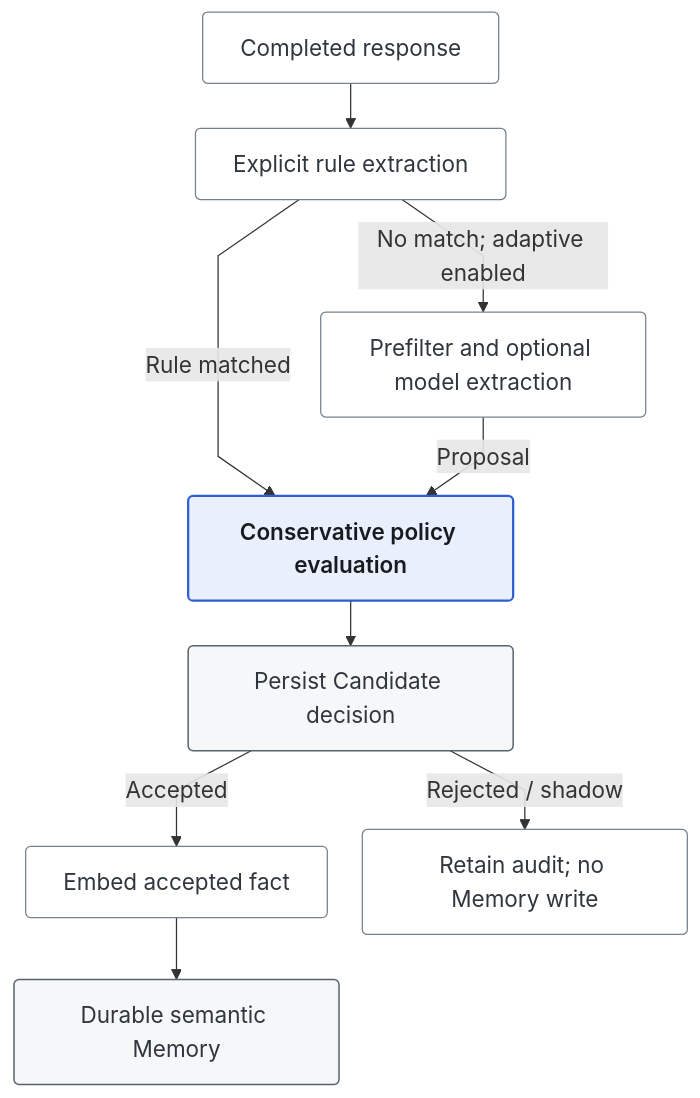
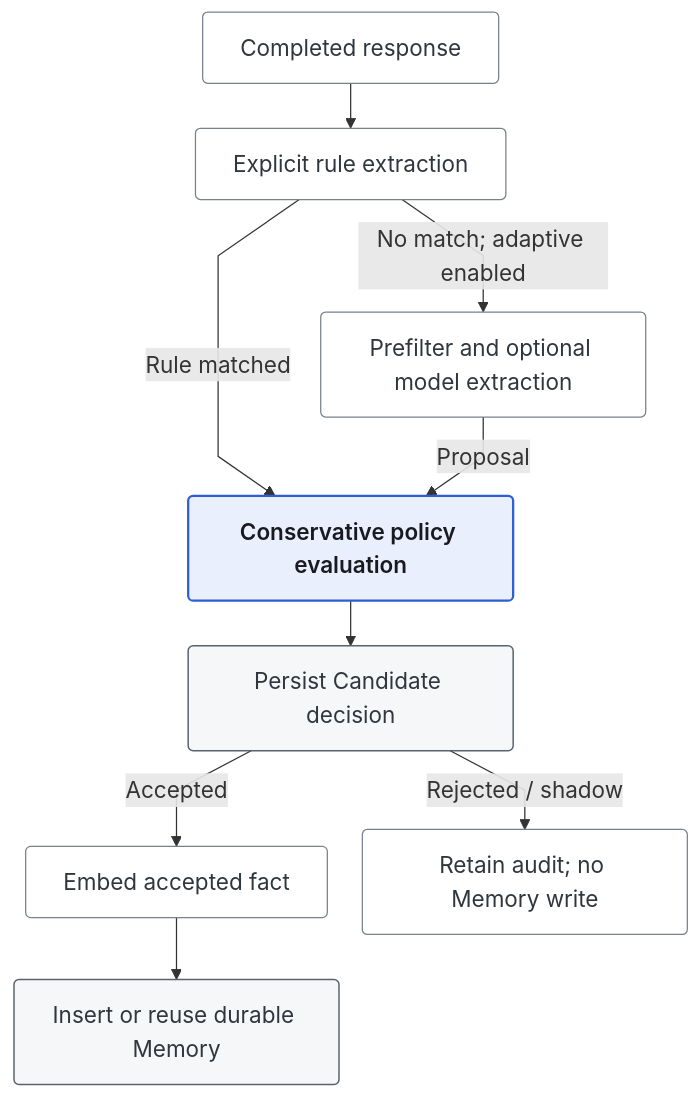
The second of 2 diagrams in docs/context/memory-management.md (hoiyd/agentflow-platform), drawn with Mermaid before and after one commit. The commit also changed other lines of this file and 6 other files, not shown here.

````diff
--- a/docs/context/memory-management.md
+++ b/docs/context/memory-management.md
@@ -41,22 +41,22 @@
 ```mermaid
 ---
 config:
   fontFamily: '-apple-system, BlinkMacSystemFont, Segoe UI, Helvetica, Arial, sans-serif'
   themeVariables: {fontSize: 18px}
   flowchart: {curve: linear, nodeSpacing: 28, rankSpacing: 36}
 ---
 flowchart TD
     Response["Completed response"] --> Rules["Explicit rule extraction"]
     Rules -->|Rule matched| Policy["Conservative policy evaluation"]
     Rules -->|No match; adaptive enabled| Adaptive["Prefilter and optional model extraction"]
     Adaptive -->|Proposal| Policy
     Policy --> Candidate["Persist Candidate decision"]
     Candidate -->|Accepted| Embed["Embed accepted fact"]
-    Embed --> Memory["Durable semantic Memory"]
+    Embed --> Memory["Insert or reuse durable Memory"]
     Candidate -->|Rejected / shadow| Rejected["Retain audit; no Memory write"]
     classDef default fill:#ffffff,stroke:#77818c,color:#30363d,stroke-width:1px,rx:4px,ry:4px;
     classDef focus fill:#e9effd,stroke:#2d5fd3,color:#171a1f,stroke-width:1.8px,font-weight:600;
     classDef durable fill:#f5f7f9,stroke:#59636e,color:#30363d,stroke-width:1.2px;
     class Policy focus;
     class Candidate,Memory durable;
 ```
````
